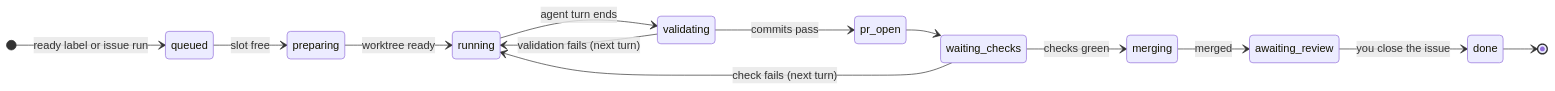
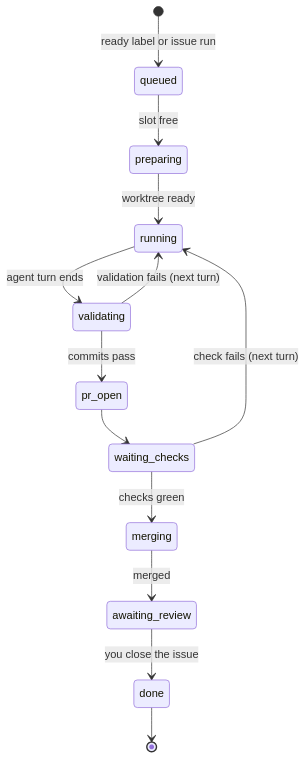
One commit to actuallyKasi/changathi changed the second of 3 diagrams in README.md. Above: the diagram before and after it, drawn with Mermaid. The commit also changed other lines of this file, not shown here.

First line of the commit message:
Lay out README diagrams top-down so they render larger

````diff
--- a/README.md
+++ b/README.md
@@ -146,16 +155,15 @@
 ```mermaid
 stateDiagram-v2
-    direction LR
     [*] --> queued: ready label or issue run
     queued --> preparing: slot free
     preparing --> running: worktree ready
     running --> validating: agent turn ends
     validating --> running: validation fails (next turn)
     validating --> pr_open: commits pass
     pr_open --> waiting_checks
     waiting_checks --> running: check fails (next turn)
     waiting_checks --> merging: checks green
     merging --> awaiting_review: merged
     awaiting_review --> done: you close the issue
     done --> [*]
 ```
````
